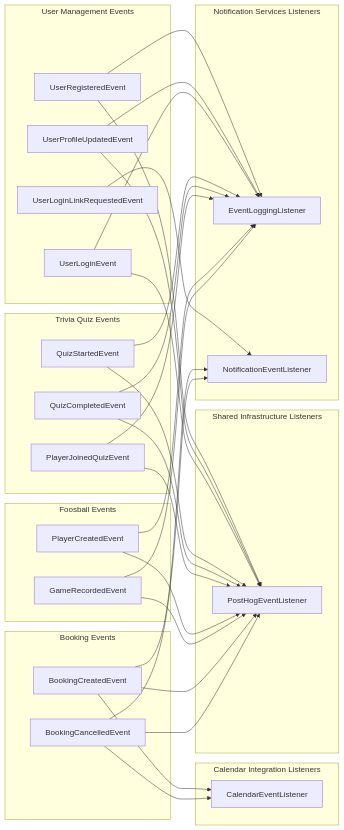
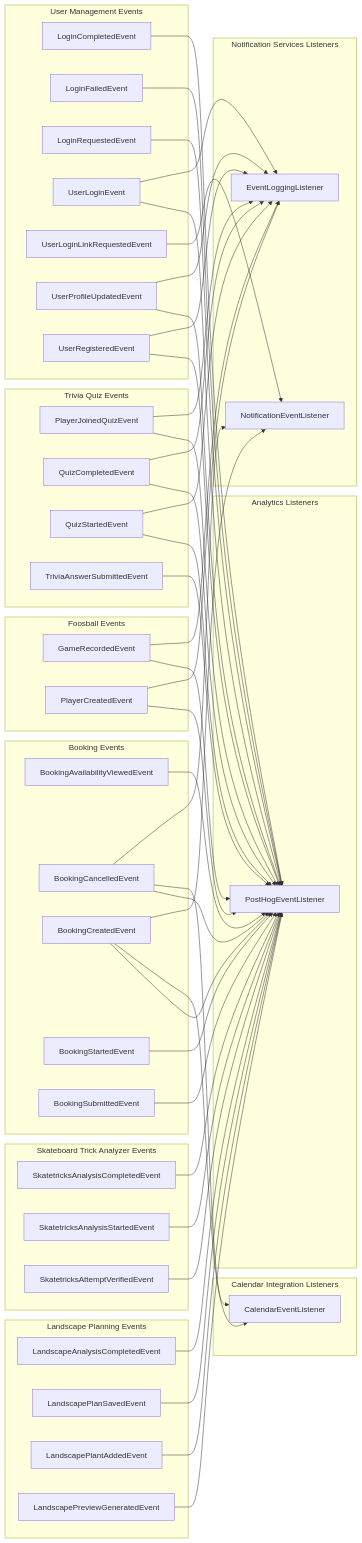
The diagram in docs/modulith-event-flow.md (SnapPetal/PersonalWeb), drawn with Mermaid before and after one commit. The commit also changed 44 other files, not shown here.

Commit message:
Refactor analytics around feature events

````diff
--- a/docs/modulith-event-flow.md
+++ b/docs/modulith-event-flow.md
@@ -5,23 +5,44 @@
 ```mermaid
 flowchart LR
   subgraph Booking_events["Booking Events"]
+    biz_thonbecker_personal_booking_api_BookingAvailabilityViewedEvent["BookingAvailabilityViewedEvent"]
     biz_thonbecker_personal_booking_api_BookingCancelledEvent["BookingCancelledEvent"]
     biz_thonbecker_personal_booking_api_BookingCreatedEvent["BookingCreatedEvent"]
+    biz_thonbecker_personal_booking_api_BookingStartedEvent["BookingStartedEvent"]
+    biz_thonbecker_personal_booking_api_BookingSubmittedEvent["BookingSubmittedEvent"]
   end
   subgraph Foosball_events["Foosball Events"]
     biz_thonbecker_personal_foosball_api_GameRecordedEvent["GameRecordedEvent"]
     biz_thonbecker_personal_foosball_api_PlayerCreatedEvent["PlayerCreatedEvent"]
   end
+  subgraph Landscape_Planning_events["Landscape Planning Events"]
+    biz_thonbecker_personal_landscape_api_LandscapeAnalysisCompletedEvent["LandscapeAnalysisCompletedEvent"]
+    biz_thonbecker_personal_landscape_api_LandscapePlanSavedEvent["LandscapePlanSavedEvent"]
+    biz_thonbecker_personal_landscape_api_LandscapePlantAddedEvent["LandscapePlantAddedEvent"]
+    biz_thonbecker_personal_landscape_api_LandscapePreviewGeneratedEvent["LandscapePreviewGeneratedEvent"]
+  end
+  subgraph Skateboard_Trick_Analyzer_events["Skateboard Trick Analyzer Events"]
+    biz_thonbecker_personal_skatetricks_api_SkatetricksAnalysisCompletedEvent["SkatetricksAnalysisCompletedEvent"]
+    biz_thonbecker_personal_skatetricks_api_SkatetricksAnalysisStartedEvent["SkatetricksAnalysisStartedEvent"]
+    biz_thonbecker_personal_skatetricks_api_SkatetricksAttemptVerifiedEvent["SkatetricksAttemptVerifiedEvent"]
+  end
   subgraph Trivia_Quiz_events["Trivia Quiz Events"]
     biz_thonbecker_personal_trivia_api_PlayerJoinedQuizEvent["PlayerJoinedQuizEvent"]
     biz_thonbecker_personal_trivia_api_QuizCompletedEvent["QuizCompletedEvent"]
     biz_thonbecker_personal_trivia_api_QuizStartedEvent["QuizStartedEvent"]
+    biz_thonbecker_personal_trivia_api_TriviaAnswerSubmittedEvent["TriviaAnswerSubmittedEvent"]
   end
   subgraph User_Management_events["User Management Events"]
+    biz_thonbecker_personal_user_api_LoginCompletedEvent["LoginCompletedEvent"]
+    biz_thonbecker_personal_user_api_LoginFailedEvent["LoginFailedEvent"]
+    biz_thonbecker_personal_user_api_LoginRequestedEvent["LoginRequestedEvent"]
     biz_thonbecker_personal_user_api_UserLoginEvent["UserLoginEvent"]
     biz_thonbecker_personal_user_api_UserLoginLinkRequestedEvent["UserLoginLinkRequestedEvent"]
     biz_thonbecker_personal_user_api_UserProfileUpdatedEvent["UserProfileUpdatedEvent"]
     biz_thonbecker_personal_user_api_UserRegisteredEvent["UserRegisteredEvent"]
+  end
+  subgraph Analytics_listeners["Analytics Listeners"]
+    biz_thonbecker_personal_analytics_platform_service_PostHogEventListener["PostHogEventListener"]
   end
   subgraph Calendar_Integration_listeners["Calendar Integration Listeners"]
     biz_thonbecker_personal_calendar_platform_CalendarEventListener["CalendarEventListener"]
@@ -30,9 +51,30 @@
     biz_thonbecker_personal_notification_api_EventLoggingListener["EventLoggingListener"]
     biz_thonbecker_personal_notification_api_NotificationEventListener["NotificationEventListener"]
   end
-  subgraph Shared_Infrastructure_listeners["Shared Infrastructure Listeners"]
-    biz_thonbecker_personal_shared_platform_service_PostHogEventListener["PostHogEventListener"]
-  end
+  biz_thonbecker_personal_booking_api_BookingAvailabilityViewedEvent --> biz_thonbecker_personal_analytics_platform_service_PostHogEventListener
+  biz_thonbecker_personal_booking_api_BookingCancelledEvent --> biz_thonbecker_personal_analytics_platform_service_PostHogEventListener
+  biz_thonbecker_personal_booking_api_BookingCreatedEvent --> biz_thonbecker_personal_analytics_platform_service_PostHogEventListener
+  biz_thonbecker_personal_booking_api_BookingStartedEvent --> biz_thonbecker_personal_analytics_platform_service_PostHogEventListener
+  biz_thonbecker_personal_booking_api_BookingSubmittedEvent --> biz_thonbecker_personal_analytics_platform_service_PostHogEventListener
+  biz_thonbecker_personal_foosball_api_GameRecordedEvent --> biz_thonbecker_personal_analytics_platform_service_PostHogEventListener
+  biz_thonbecker_personal_foosball_api_PlayerCreatedEvent --> biz_thonbecker_personal_analytics_platform_service_PostHogEventListener
+  biz_thonbecker_personal_landscape_api_LandscapeAnalysisCompletedEvent --> biz_thonbecker_personal_analytics_platform_service_PostHogEventListener
+  biz_thonbecker_personal_landscape_api_LandscapePlanSavedEvent --> biz_thonbecker_personal_analytics_platform_service_PostHogEventListener
+  biz_thonbecker_personal_landscape_api_LandscapePlantAddedEvent --> biz_thonbecker_personal_analytics_platform_service_PostHogEventListener
+  biz_thonbecker_personal_landscape_api_LandscapePreviewGeneratedEvent --> biz_thonbecker_personal_analytics_platform_service_PostHogEventListener
+  biz_thonbecker_personal_skatetricks_api_SkatetricksAnalysisCompletedEvent --> biz_thonbecker_personal_analytics_platform_service_PostHogEventListener
+  biz_thonbecker_personal_skatetricks_api_SkatetricksAnalysisStartedEvent --> biz_thonbecker_personal_analytics_platform_service_PostHogEventListener
+  biz_thonbecker_personal_skatetricks_api_SkatetricksAttemptVerifiedEvent --> biz_thonbecker_personal_analytics_platform_service_PostHogEventListener
+  biz_thonbecker_personal_trivia_api_PlayerJoinedQuizEvent --> biz_thonbecker_personal_analytics_platform_service_PostHogEventListener
+  biz_thonbecker_personal_trivia_api_QuizCompletedEvent --> biz_thonbecker_personal_analytics_platform_service_PostHogEventListener
+  biz_thonbecker_personal_trivia_api_QuizStartedEvent --> biz_thonbecker_personal_analytics_platform_service_PostHogEventListener
+  biz_thonbecker_personal_trivia_api_TriviaAnswerSubmittedEvent --> biz_thonbecker_personal_analytics_platform_service_PostHogEventListener
+  biz_thonbecker_personal_user_api_LoginCompletedEvent --> biz_thonbecker_personal_analytics_platform_service_PostHogEventListener
+  biz_thonbecker_personal_user_api_LoginFailedEvent --> biz_thonbecker_personal_analytics_platform_service_PostHogEventListener
+  biz_thonbecker_personal_user_api_LoginRequestedEvent --> biz_thonbecker_personal_analytics_platform_service_PostHogEventListener
+  biz_thonbecker_personal_user_api_UserLoginEvent --> biz_thonbecker_personal_analytics_platform_service_PostHogEventListener
+  biz_thonbecker_personal_user_api_UserProfileUpdatedEvent --> biz_thonbecker_personal_analytics_platform_service_PostHogEventListener
+  biz_thonbecker_personal_user_api_UserRegisteredEvent --> biz_thonbecker_personal_analytics_platform_service_PostHogEventListener
   biz_thonbecker_personal_booking_api_BookingCancelledEvent --> biz_thonbecker_personal_calendar_platform_CalendarEventListener
   biz_thonbecker_personal_booking_api_BookingCreatedEvent --> biz_thonbecker_personal_calendar_platform_CalendarEventListener
   biz_thonbecker_personal_booking_api_BookingCancelledEvent --> biz_thonbecker_personal_notification_api_NotificationEventListener
@@ -46,14 +88,4 @@
   biz_thonbecker_personal_user_api_UserProfileUpdatedEvent --> biz_thonbecker_personal_notification_api_EventLoggingListener
   biz_thonbecker_personal_user_api_UserRegisteredEvent --> biz_thonbecker_personal_notification_api_EventLoggingListener
   biz_thonbecker_personal_user_api_UserLoginLinkRequestedEvent --> biz_thonbecker_personal_notification_api_NotificationEventListener
-  biz_thonbecker_personal_booking_api_BookingCancelledEvent --> biz_thonbecker_personal_shared_platform_service_PostHogEventListener
-  biz_thonbecker_personal_booking_api_BookingCreatedEvent --> biz_thonbecker_personal_shared_platform_service_PostHogEventListener
-  biz_thonbecker_personal_foosball_api_GameRecordedEvent --> biz_thonbecker_personal_shared_platform_service_PostHogEventListener
-  biz_thonbecker_personal_foosball_api_PlayerCreatedEvent --> biz_thonbecker_personal_shared_platform_service_PostHogEventListener
-  biz_thonbecker_personal_trivia_api_PlayerJoinedQuizEvent --> biz_thonbecker_personal_shared_platform_service_PostHogEventListener
-  biz_thonbecker_personal_trivia_api_QuizCompletedEvent --> biz_thonbecker_personal_shared_platform_service_PostHogEventListener
-  biz_thonbecker_personal_trivia_api_QuizStartedEvent --> biz_thonbecker_personal_shared_platform_service_PostHogEventListener
-  biz_thonbecker_personal_user_api_UserLoginEvent --> biz_thonbecker_personal_shared_platform_service_PostHogEventListener
-  biz_thonbecker_personal_user_api_UserProfileUpdatedEvent --> biz_thonbecker_personal_shared_platform_service_PostHogEventListener
-  biz_thonbecker_personal_user_api_UserRegisteredEvent --> biz_thonbecker_personal_shared_platform_service_PostHogEventListener
 ```
````
